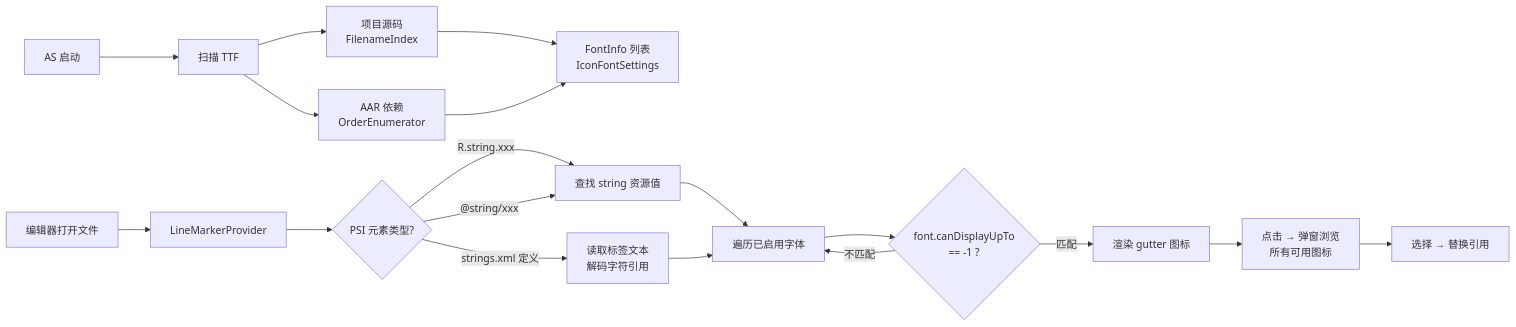
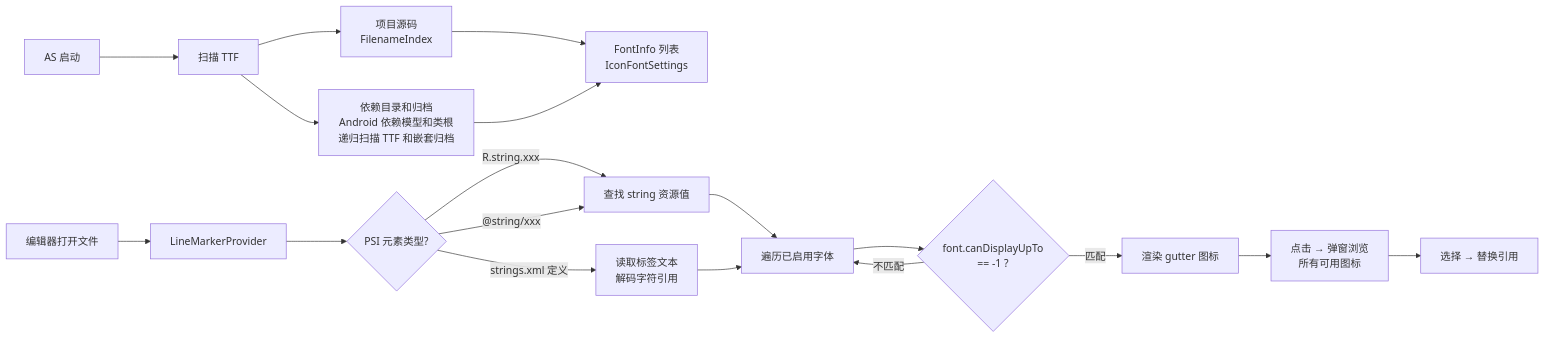
One commit to ultimateHandsomeBoy666/IconFontViewer changed the diagram in README.md. Above: the diagram before and after it, drawn with Mermaid. The commit also changed other lines of this file and 3 other files, not shown here.

````diff
--- a/README.md
+++ b/README.md
@@ -54,21 +56,21 @@
 ```mermaid
 flowchart LR
     A["AS 启动"] --> B["扫描 TTF"]
     B --> B1["项目源码<br/>FilenameIndex"]
-    B --> B2["AAR 依赖<br/>OrderEnumerator"]
+    B --> B2["依赖目录和归档<br/>Android 依赖模型和类根<br/>递归扫描 TTF 和嵌套归档"]
     B1 & B2 --> C["FontInfo 列表<br/>IconFontSettings"]
 
     D["编辑器打开文件"] --> E["LineMarkerProvider"]
     E --> E1{"PSI 元素类型?"}
     E1 -->|"R.string.xxx"| F1["查找 string 资源值"]
     E1 -->|"@string/xxx"| F1
     E1 -->|"strings.xml 定义"| F2["读取标签文本<br/>解码字符引用"]
 
     F1 & F2 --> G["遍历已启用字体"]
     G --> H{"font.canDisplayUpTo<br/>== -1 ?"}
     H -->|"匹配"| I["渲染 gutter 图标"]
     H -->|"不匹配"| G
 
     I --> J["点击 → 弹窗浏览<br/>所有可用图标"]
     J --> K["选择 → 替换引用"]
 ```
````
